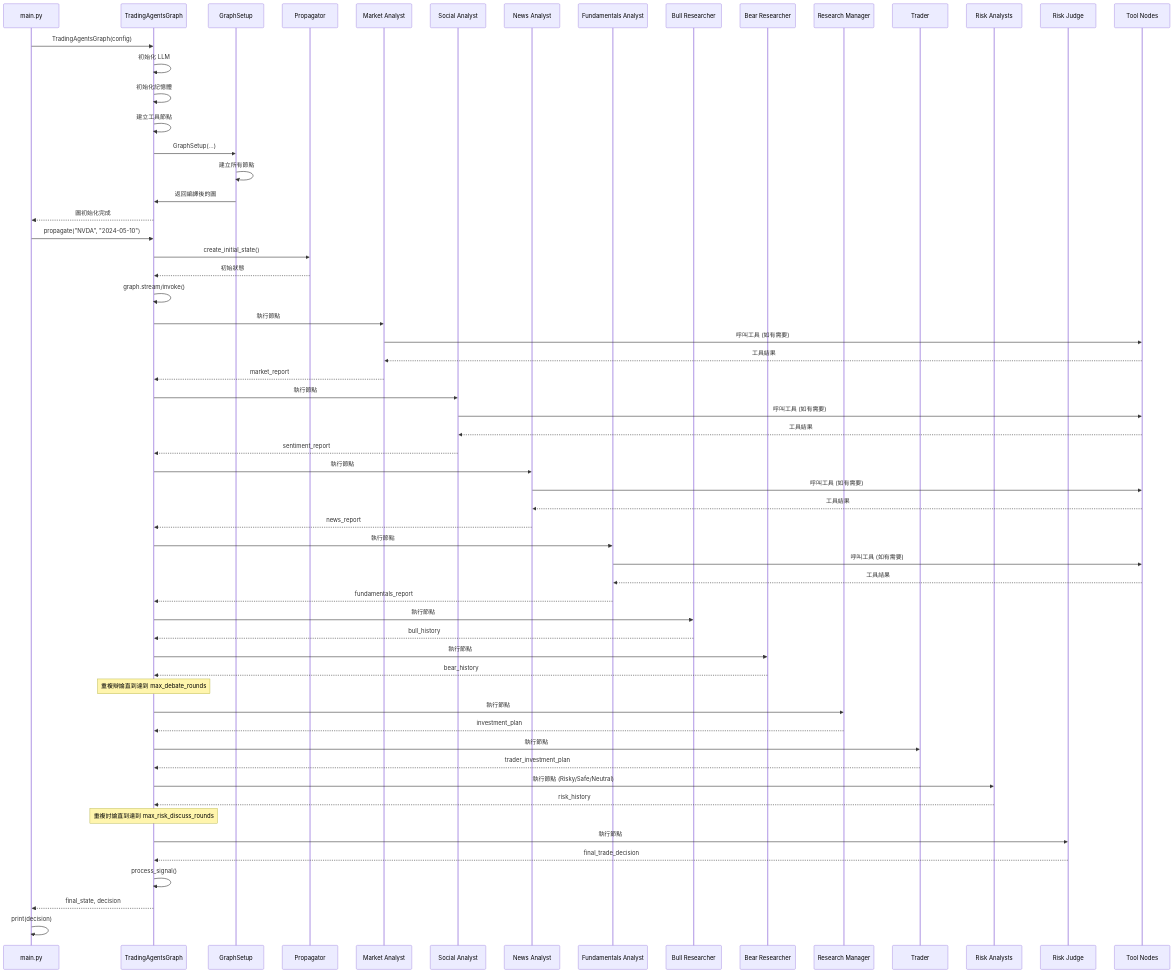
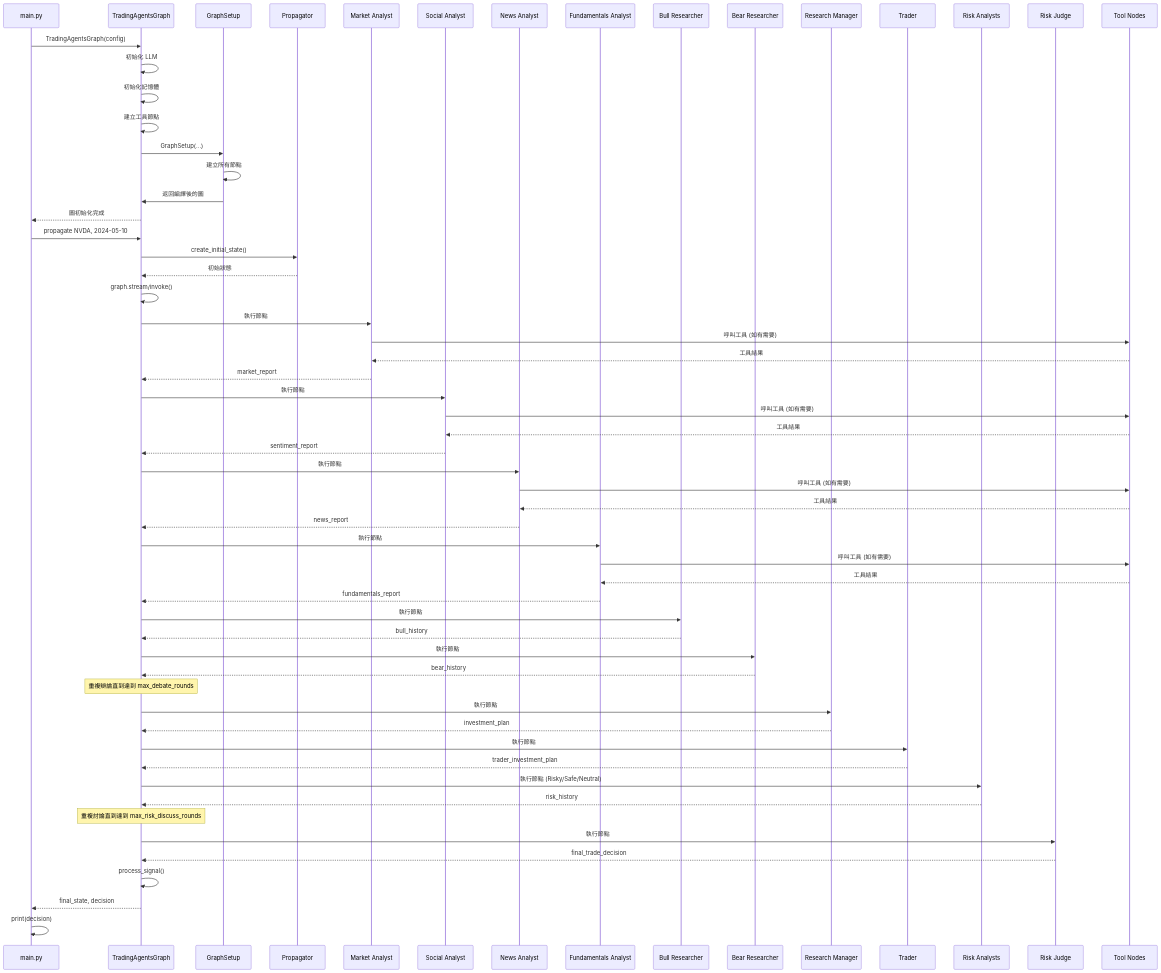
One commit to chitienshih-wq/Git_Test changed diagram 19 of 19 in 流程圖.md. Above: the diagram before and after it, drawn with Mermaid. The commit also changed other lines of this file, not shown here.

````diff
--- a/流程圖.md
+++ b/流程圖.md
@@ -590,75 +590,75 @@
 ```mermaid
 sequenceDiagram
     participant Main as main.py
     participant Graph as TradingAgentsGraph
     participant Setup as GraphSetup
     participant Propagator as Propagator
     participant MarketAnalyst as Market Analyst
     participant SocialAnalyst as Social Analyst
     participant NewsAnalyst as News Analyst
     participant FundAnalyst as Fundamentals Analyst
     participant BullResearcher as Bull Researcher
     participant BearResearcher as Bear Researcher
     participant ResearchMgr as Research Manager
     participant Trader as Trader
     participant RiskAnalyst as Risk Analysts
     participant RiskJudge as Risk Judge
     participant Tools as Tool Nodes
     
     Main->>Graph: TradingAgentsGraph(config)
     Graph->>Graph: 初始化 LLM
     Graph->>Graph: 初始化記憶體
     Graph->>Graph: 建立工具節點
     Graph->>Setup: GraphSetup(...)
     Setup->>Setup: 建立所有節點
     Setup->>Graph: 返回編譯後的圖
     Graph-->>Main: 圖初始化完成
     
-    Main->>Graph: propagate("NVDA", "2024-05-10")
+    Main->>Graph: propagate NVDA, 2024-05-10
     Graph->>Propagator: create_initial_state()
     Propagator-->>Graph: 初始狀態
     Graph->>Graph: graph.stream/invoke()
     
     Graph->>MarketAnalyst: 執行節點
     MarketAnalyst->>Tools: 呼叫工具 (如有需要)
     Tools-->>MarketAnalyst: 工具結果
     MarketAnalyst-->>Graph: market_report
     
     Graph->>SocialAnalyst: 執行節點
     SocialAnalyst->>Tools: 呼叫工具 (如有需要)
     Tools-->>SocialAnalyst: 工具結果
     SocialAnalyst-->>Graph: sentiment_report
     
     Graph->>NewsAnalyst: 執行節點
     NewsAnalyst->>Tools: 呼叫工具 (如有需要)
     Tools-->>NewsAnalyst: 工具結果
     NewsAnalyst-->>Graph: news_report
     
     Graph->>FundAnalyst: 執行節點
     FundAnalyst->>Tools: 呼叫工具 (如有需要)
     Tools-->>FundAnalyst: 工具結果
     FundAnalyst-->>Graph: fundamentals_report
     
     Graph->>BullResearcher: 執行節點
     BullResearcher-->>Graph: bull_history
     Graph->>BearResearcher: 執行節點
     BearResearcher-->>Graph: bear_history
     Note over Graph: 重複辯論直到達到 max_debate_rounds
     
     Graph->>ResearchMgr: 執行節點
     ResearchMgr-->>Graph: investment_plan
     
     Graph->>Trader: 執行節點
     Trader-->>Graph: trader_investment_plan
     
     Graph->>RiskAnalyst: 執行節點 (Risky/Safe/Neutral)
     RiskAnalyst-->>Graph: risk_history
     Note over Graph: 重複討論直到達到 max_risk_discuss_rounds
     
     Graph->>RiskJudge: 執行節點
     RiskJudge-->>Graph: final_trade_decision
     
     Graph->>Graph: process_signal()
     Graph-->>Main: final_state, decision
     Main->>Main: print(decision)
 ```
````
